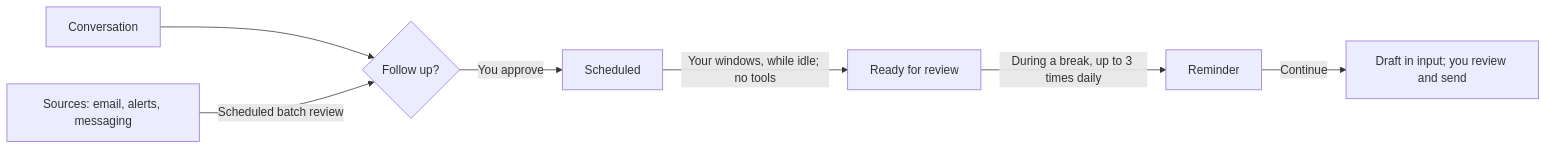
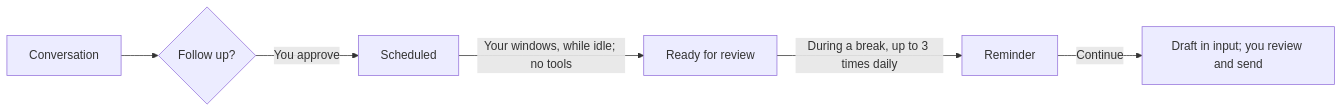
One commit to JNS0724/Viva changed the diagram in README.md. Above: the diagram before and after it, drawn with Mermaid. The commit also changed other lines of this file and 118 other files, not shown here.

````diff
--- a/README.md
+++ b/README.md
@@ -94,9 +85,8 @@
 ```mermaid
 flowchart LR
   A["Conversation"] --> P{"Follow up?"}
-  M["Sources: email, alerts, messaging"] -->|Scheduled batch review| P
   P -->|You approve| S["Scheduled"]
   S -->|Your windows, while idle; no tools| R["Ready for review"]
   R -->|During a break, up to 3 times daily| N["Reminder"]
   N -->|Continue| C["Draft in input; you review and send"]
 ```
````
